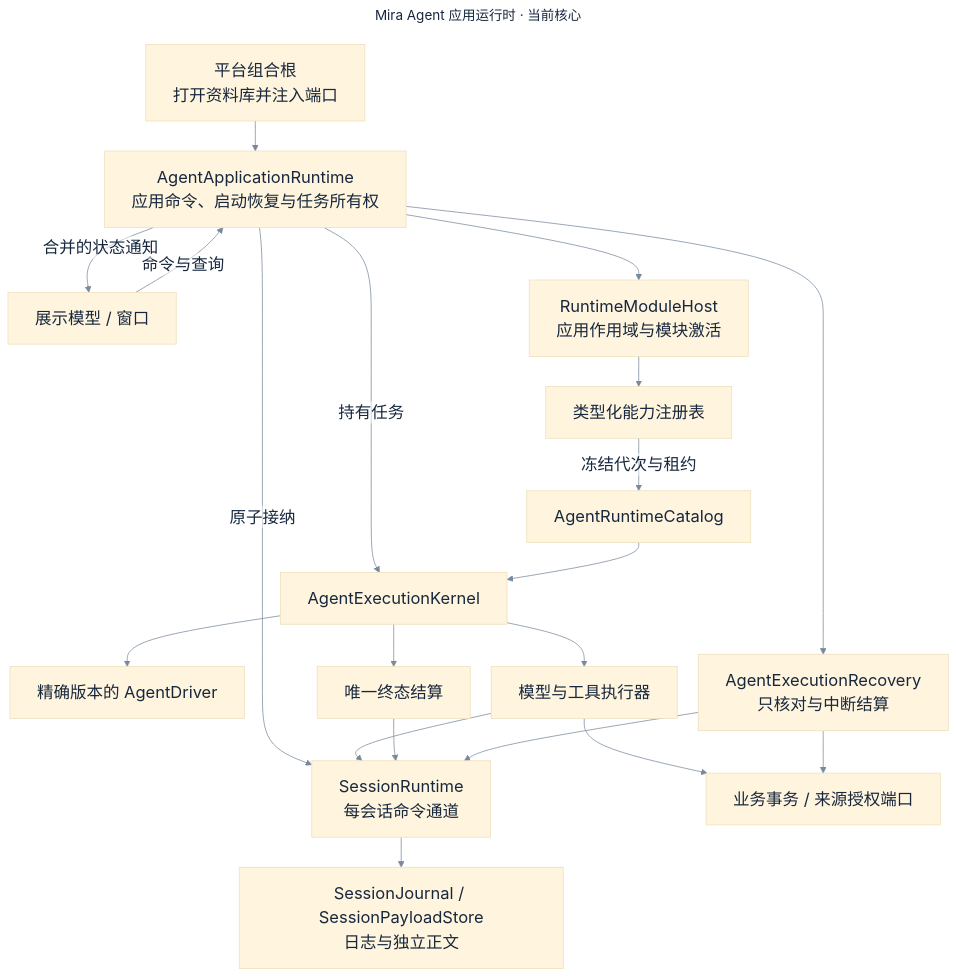
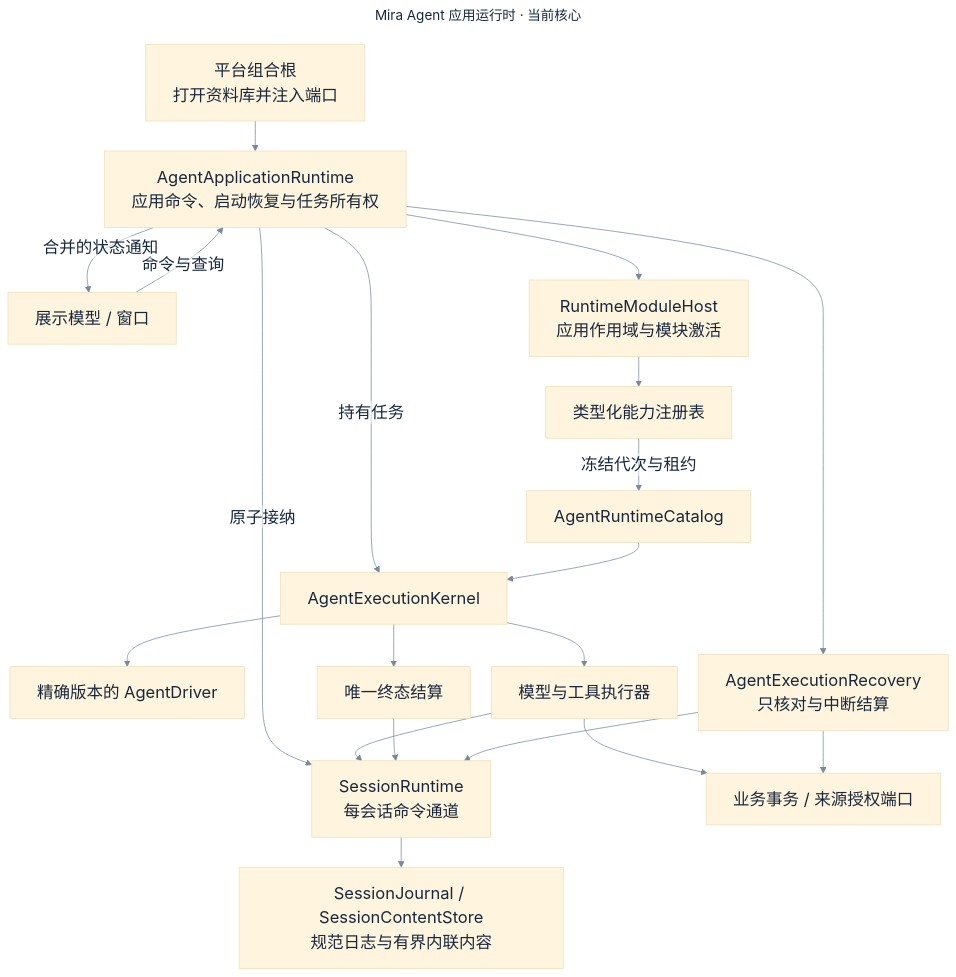
Before and after one commit to alwynou/mira: the diagram in docs/architecture/diagrams/agent-application-architecture.mmd, drawn with Mermaid. The commit also changed 290 other files, not shown here.

```diff
--- a/docs/architecture/diagrams/agent-application-architecture.mmd
+++ b/docs/architecture/diagrams/agent-application-architecture.mmd
@@ -1,42 +1,42 @@
 ---
 title: Mira Agent 应用运行时 · 当前核心
 config:
   theme: base
   fontFamily: PingFang SC, Hiragino Sans GB, sans-serif
   themeVariables:
     fontSize: 22px
     lineColor: '#78899d'
     primaryTextColor: '#17283e'
     edgeLabelBackground: '#ffffff'
     clusterBkg: '#f7f9fc'
     clusterBorder: '#c8d3e0'
     titleColor: '#173b67'
   flowchart:
     htmlLabels: false
     curve: basis
     nodeSpacing: 28
     rankSpacing: 40
     padding: 18
     wrappingWidth: 360
     useMaxWidth: false
 ---
 flowchart TB
   Host[平台组合根<br/>打开资料库并注入端口] --> App[AgentApplicationRuntime<br/>应用命令、启动恢复与任务所有权]
   UI[展示模型 / 窗口] -->|命令与查询| App
   App -->|合并的状态通知| UI
   App --> Modules[RuntimeModuleHost<br/>应用作用域与模块激活]
   Modules --> Registry[类型化能力注册表]
   Registry -->|冻结代次与租约| Catalog[AgentRuntimeCatalog]
   App -->|原子接纳| Session[SessionRuntime<br/>每会话命令通道]
-  Session --> Journal[SessionJournal / SessionPayloadStore<br/>日志与独立正文]
+  Session --> Journal[SessionJournal / SessionContentStore<br/>规范日志与有界内联内容]
   App -->|持有任务| Kernel[AgentExecutionKernel]
   Catalog --> Kernel
   Kernel --> Driver[精确版本的 AgentDriver]
   Kernel --> Executors[模型与工具执行器]
   Kernel --> Finalizer[唯一终态结算]
   Executors --> Session
   Finalizer --> Session
   App --> Recovery[AgentExecutionRecovery<br/>只核对与中断结算]
   Recovery --> Session
   Executors --> Business[业务事务 / 来源授权端口]
   Recovery --> Business
```
